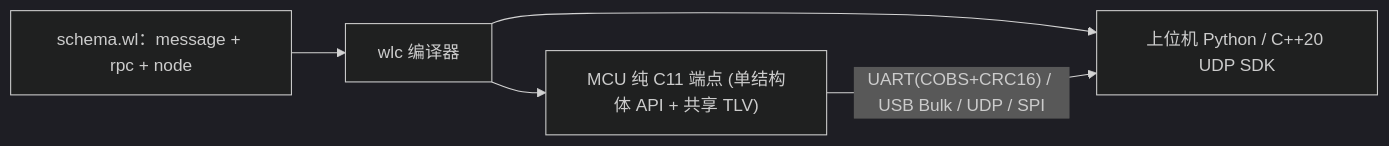
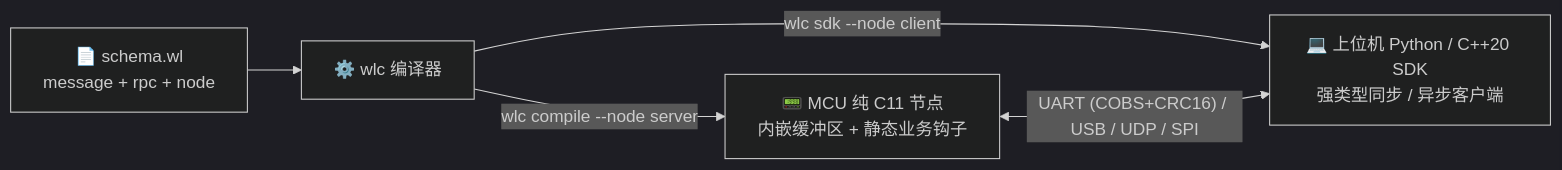
Before and after one commit to starwey604/wirelink: the diagram in site/src/content/docs/zh-cn/index.mdx, drawn with Mermaid (dark theme). The commit also changed other lines of this file and 26 other files, not shown here.

````diff
--- a/site/src/content/docs/zh-cn/index.mdx
+++ b/site/src/content/docs/zh-cn/index.mdx
@@ -39,7 +94,7 @@
 ```mermaid
 flowchart LR
-  Schema["schema.wl：message + rpc + node"] --> WLC["wlc 编译器"]
-  WLC --> MCU["MCU 纯 C11 端点 (单结构体 API + 共享 TLV)"]
-  WLC --> SDK["上位机 Python / C++20 UDP SDK"]
-  MCU -- "UART(COBS+CRC16) / USB Bulk / UDP / SPI" --> SDK
+  Schema["📄 schema.wl<br/>message + rpc + node"] --> WLC["⚙️ wlc 编译器"]
+  WLC -->|"wlc compile --node server"| MCU["📟 MCU 纯 C11 节点<br/>内嵌缓冲区 + 静态业务钩子"]
+  WLC -->|"wlc sdk --node client"| SDK["💻 上位机 Python / C++20 SDK<br/>强类型同步 / 异步客户端"]
+  MCU <-->|"UART (COBS+CRC16) / USB / UDP / SPI"| SDK
 ```
````
